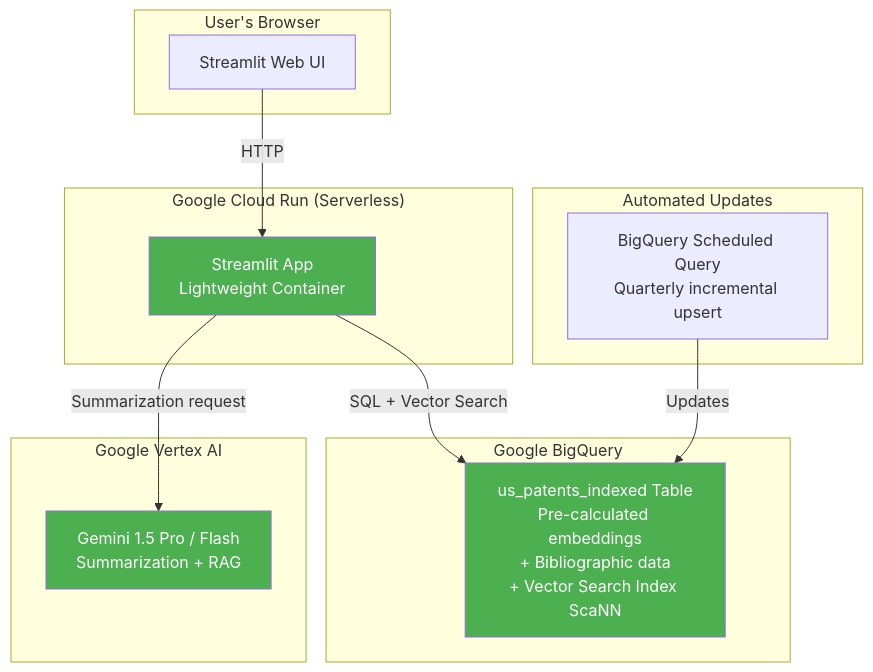
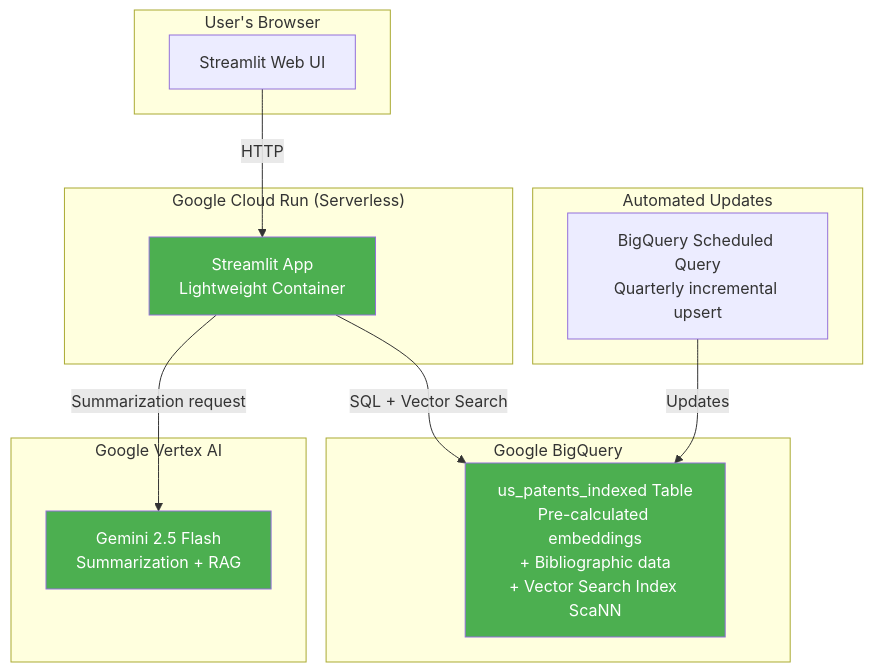
Before and after one commit to hmshimanyula1995/nasa-patent-search: the seventh of 14 diagrams in ARCHITECTURE_ANALYSIS.md, drawn with Mermaid. The commit also changed other lines of this file, not shown here.

First line of the commit message:
Sync ARCHITECTURE_ANALYSIS.md with current architecture

````diff
--- a/ARCHITECTURE_ANALYSIS.md
+++ b/ARCHITECTURE_ANALYSIS.md
@@ -337,31 +341,31 @@
 ```mermaid
 graph TB
     subgraph "User's Browser"
         UI2[Streamlit Web UI]
     end
 
     subgraph "Google Cloud Run (Serverless)"
         APP2[Streamlit App<br/>Lightweight Container]
     end
 
     subgraph "Google BigQuery"
         BQ_TABLE[us_patents_indexed Table<br/>Pre-calculated embeddings<br/>+ Bibliographic data<br/>+ Vector Search Index ScaNN]
     end
 
     subgraph "Google Vertex AI"
-        GEMINI[Gemini 1.5 Pro / Flash<br/>Summarization + RAG]
+        GEMINI[Gemini 2.5 Flash<br/>Summarization + RAG]
     end
 
     subgraph "Automated Updates"
         SCHED[BigQuery Scheduled Query<br/>Quarterly incremental upsert]
     end
 
     UI2 -->|HTTP| APP2
     APP2 -->|SQL + Vector Search| BQ_TABLE
     APP2 -->|Summarization request| GEMINI
     SCHED -->|Updates| BQ_TABLE
 
     style APP2 fill:#4CAF50,color:#fff
     style BQ_TABLE fill:#4CAF50,color:#fff
     style GEMINI fill:#4CAF50,color:#fff
 ```
````
